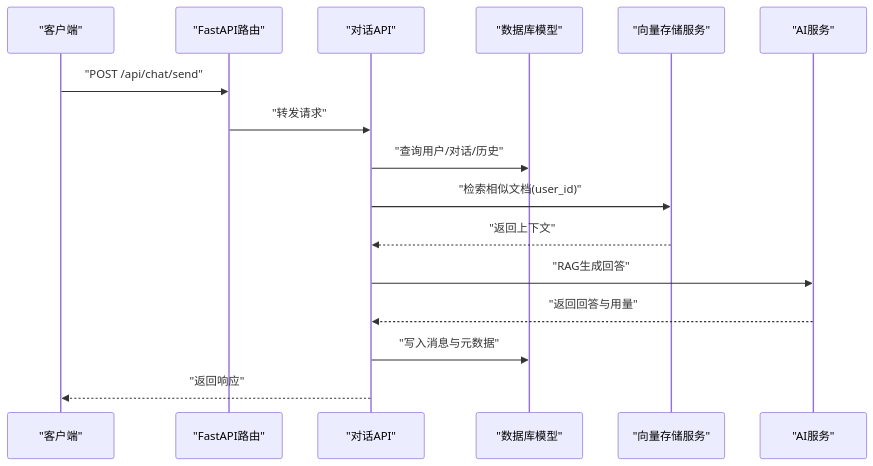
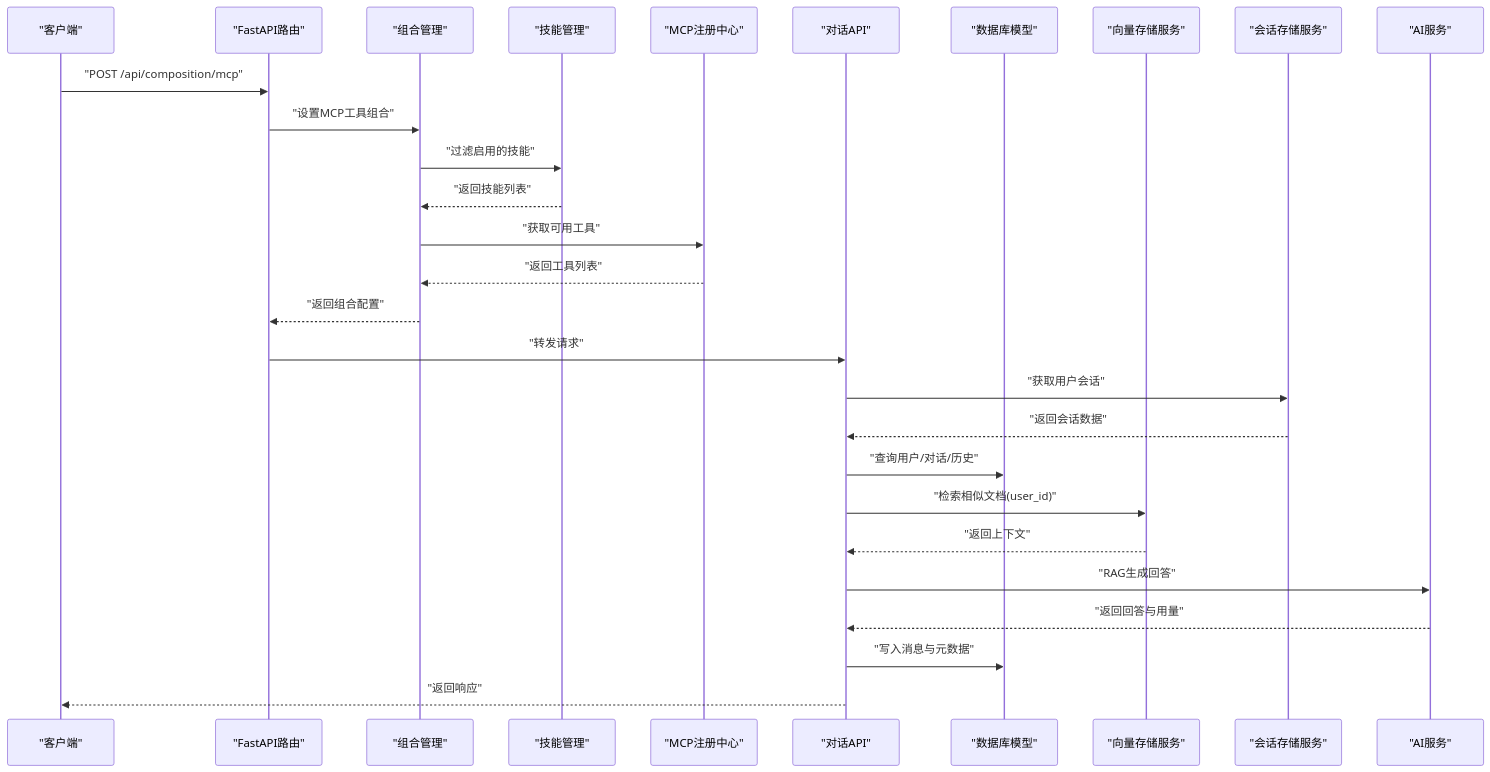
One commit to ghbbn053-ship-itsoulddog/soulddog changed the second of 13 diagrams in .qoder/repowiki/zh/content/开发指南/扩展点与插件/扩展点与插件.md. Above: the diagram before and after it, drawn with Mermaid. The commit also changed other lines of this file and 119 other files, not shown here.

````diff
--- a/.qoder/repowiki/zh/content/开发指南/扩展点与插件/扩展点与插件.md
+++ b/.qoder/repowiki/zh/content/开发指南/扩展点与插件/扩展点与插件.md
@@ -99,18 +171,30 @@
 ```mermaid
 sequenceDiagram
 participant Client as "客户端"
 participant API as "FastAPI路由"
+participant Comp as "组合管理"
+participant Skills as "技能管理"
+participant MCP as "MCP注册中心"
 participant Chat as "对话API"
 participant DB as "数据库模型"
 participant VS as "向量存储服务"
+participant SS as "会话存储服务"
 participant AI as "AI服务"
-Client->>API : "POST /api/chat/send"
+Client->>API : "POST /api/composition/mcp"
+API->>Comp : "设置MCP工具组合"
+Comp->>Skills : "过滤启用的技能"
+Skills-->>Comp : "返回技能列表"
+Comp->>MCP : "获取可用工具"
+MCP-->>Comp : "返回工具列表"
+Comp-->>API : "返回组合配置"
 API->>Chat : "转发请求"
+Chat->>SS : "获取用户会话"
+SS-->>Chat : "返回会话数据"
 Chat->>DB : "查询用户/对话/历史"
 Chat->>VS : "检索相似文档(user_id)"
 VS-->>Chat : "返回上下文"
 Chat->>AI : "RAG生成回答"
 AI-->>Chat : "返回回答与用量"
 Chat->>DB : "写入消息与元数据"
 Chat-->>Client : "返回响应"
 ```
````
